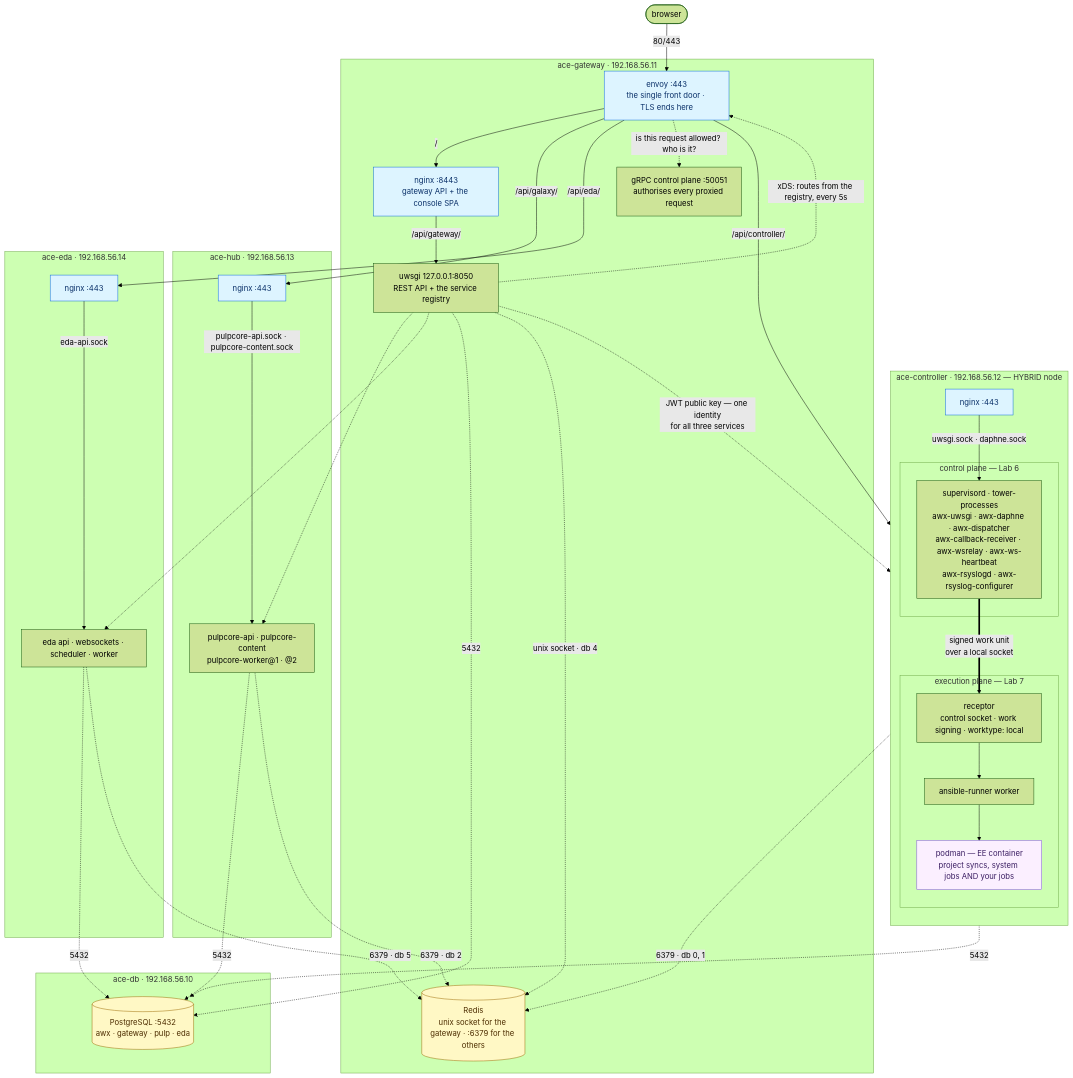
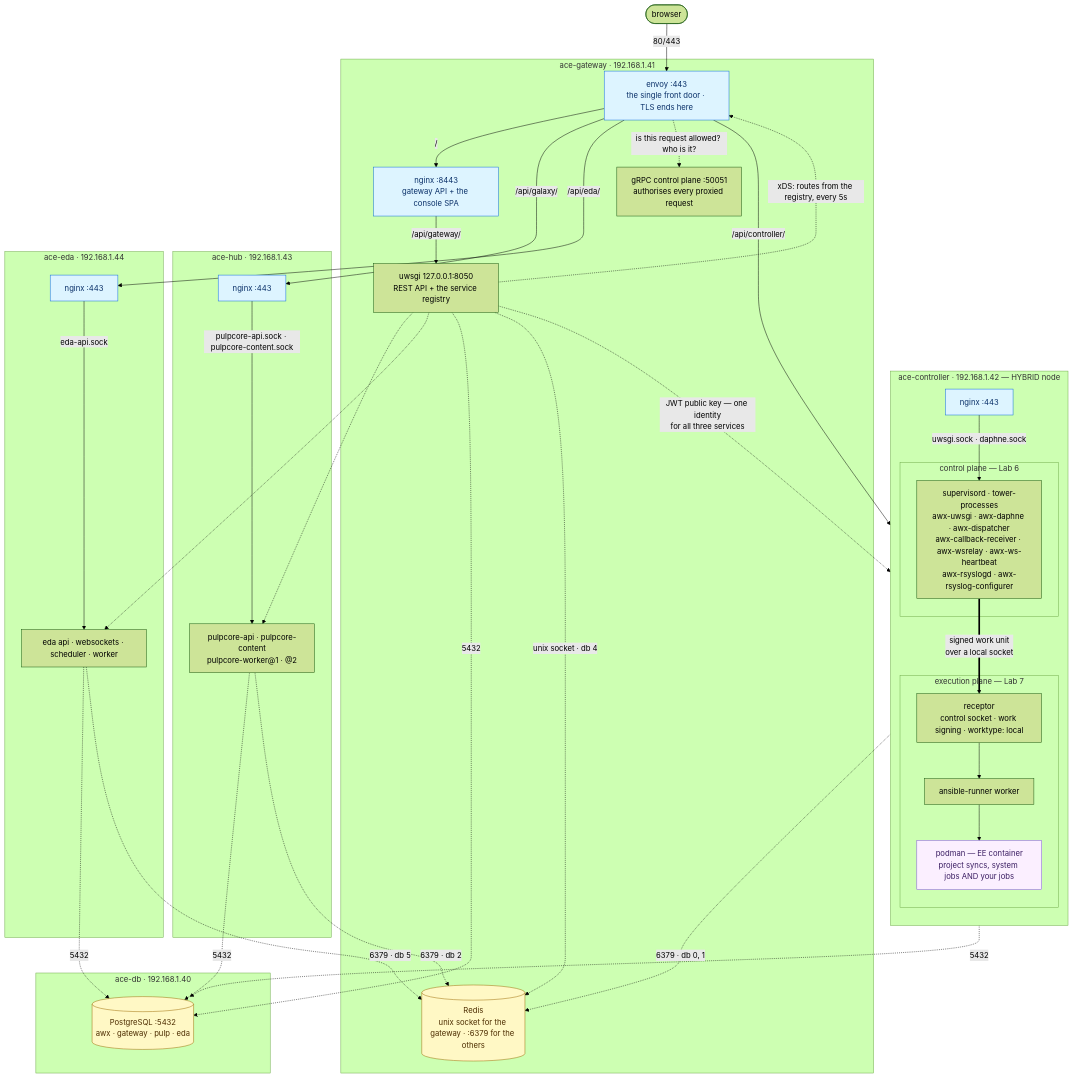
The diagram in README.md (sammonsjl/ace-the-hard-way), drawn with Mermaid (forest theme) before and after one commit. The commit also changed other lines of this file and 17 other files, not shown here.

````diff
--- a/README.md
+++ b/README.md
@@ -37,78 +37,78 @@
 ```mermaid
 flowchart TB
     browser(["browser"])
 
-    subgraph GW["ace-gateway · 192.168.56.11"]
+    subgraph GW["ace-gateway · 192.168.1.41"]
         envoy["envoy :443<br/>the single front door · TLS ends here"]
         gwnginx["nginx :8443<br/>gateway API + the console SPA"]
         gwuwsgi["uwsgi 127.0.0.1:8050<br/>REST API + the service registry"]
         gwgrpc["gRPC control plane :50051<br/>authorises every proxied request"]
         redis[("Redis<br/>unix socket for the gateway · :6379 for the others")]
     end
 
-    subgraph CTL["ace-controller · 192.168.56.12 — HYBRID node"]
+    subgraph CTL["ace-controller · 192.168.1.42 — HYBRID node"]
         direction TB
         ctlnginx["nginx :443"]
 
         subgraph CONTROL["control plane — Lab 6"]
             ctlsup["supervisord · tower-processes<br/>awx-uwsgi · awx-daphne · awx-dispatcher<br/>awx-callback-receiver · awx-wsrelay · awx-ws-heartbeat<br/>awx-rsyslogd · awx-rsyslog-configurer"]
         end
 
         subgraph EXEC["execution plane — Lab 7"]
             rcontrol["receptor<br/>control socket · work signing · worktype: local"]
             runner["ansible-runner worker"]
             podmanc["podman — EE container<br/>project syncs, system jobs AND your jobs"]
         end
     end
 
-    subgraph HUB["ace-hub · 192.168.56.13"]
+    subgraph HUB["ace-hub · 192.168.1.43"]
         hubnginx["nginx :443"]
         hubproc["pulpcore-api · pulpcore-content<br/>pulpcore-worker@1 · @2"]
     end
 
-    subgraph EDA["ace-eda · 192.168.56.14"]
+    subgraph EDA["ace-eda · 192.168.1.44"]
         edanginx["nginx :443"]
         edaproc["eda api · websockets · scheduler · worker"]
     end
 
-    subgraph DB["ace-db · 192.168.56.10"]
+    subgraph DB["ace-db · 192.168.1.40"]
         pg[("PostgreSQL :5432<br/>awx · gateway · pulp · eda")]
     end
 
     browser -->|"80/443"| envoy
     envoy -->|"/"| gwnginx
     envoy -->|"/api/controller/"| ctlnginx
     envoy -->|"/api/galaxy/"| hubnginx
     envoy -->|"/api/eda/"| edanginx
     gwnginx -->|"/api/gateway/"| gwuwsgi
     ctlnginx -->|"uwsgi.sock · daphne.sock"| ctlsup
     hubnginx -->|"pulpcore-api.sock · pulpcore-content.sock"| hubproc
     edanginx -->|"eda-api.sock"| edaproc
 
     gwuwsgi -.->|"xDS: routes from the registry, every 5s"| envoy
     envoy -.->|"is this request allowed? who is it?"| gwgrpc
     gwuwsgi -.->|"JWT public key — one identity<br/>for all three services"| ctlsup
     gwuwsgi -.-> hubproc
     gwuwsgi -.-> edaproc
 
     gwuwsgi -.->|"5432"| pg
     ctlsup -.->|"5432"| pg
     hubproc -.->|"5432"| pg
     edaproc -.->|"5432"| pg
 
     gwuwsgi -.->|"unix socket · db 4"| redis
     ctlsup -.->|"6379 · db 0, 1"| redis
     hubproc -.->|"6379 · db 2"| redis
     edaproc -.->|"6379 · db 5"| redis
 
     ctlsup ==>|"signed work unit<br/>over a local socket"| rcontrol
     rcontrol --> runner
     runner --> podmanc
 
     classDef front fill:#ddf4ff,stroke:#0969da,color:#0a3069
     classDef store fill:#fff8c5,stroke:#9a6700,color:#4d2d00
     classDef sandbox fill:#fbefff,stroke:#8250df,color:#3b1e63
     class envoy,gwnginx,ctlnginx,hubnginx,edanginx front
     class pg,redis store
     class podmanc sandbox
 ```
````
